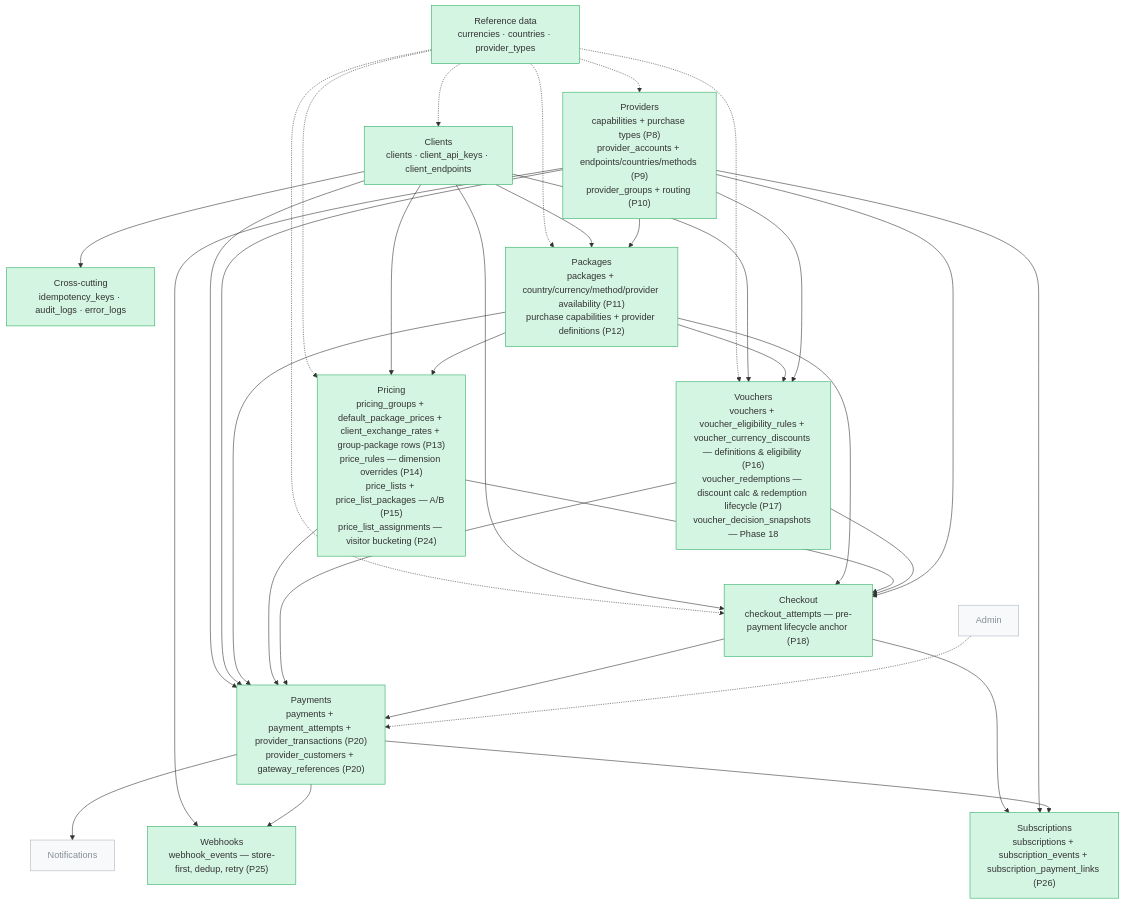
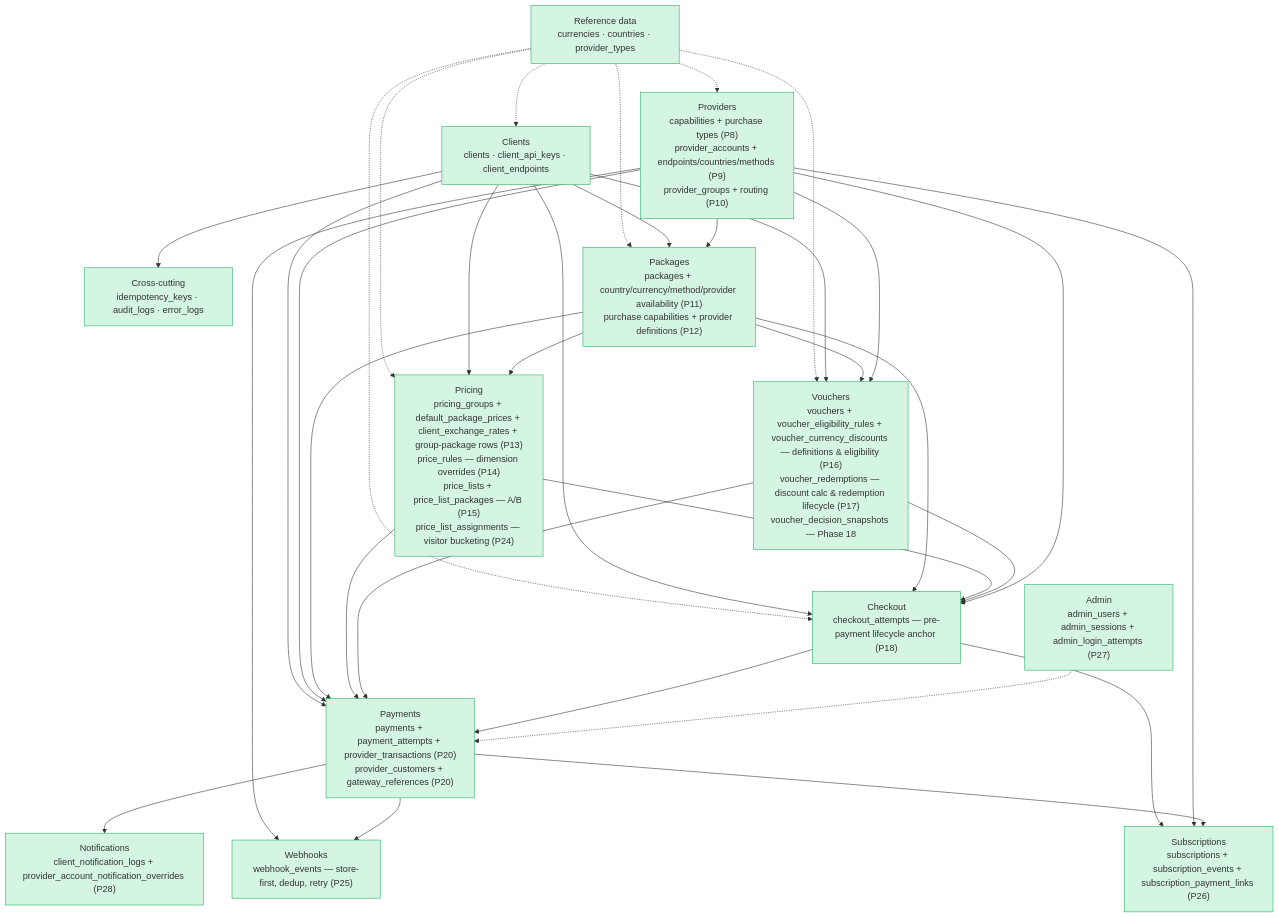
Before and after one commit to mahsashahi/Gomrok: the first of 20 diagrams in .claude/docs/database-diagram.md, drawn with Mermaid. The commit also changed other lines of this file and 100 other files, not shown here.

````diff
--- a/.claude/docs/database-diagram.md
+++ b/.claude/docs/database-diagram.md
@@ -9,51 +9,52 @@
 ```mermaid
 flowchart TD
     Ref["Reference data<br/>currencies · countries · provider_types"]
     Xc["Cross-cutting<br/>idempotency_keys · audit_logs · error_logs"]
     Clients["Clients<br/>clients · client_api_keys · client_endpoints"]
     Providers["Providers<br/>capabilities + purchase types (P8)<br/>provider_accounts + endpoints/countries/methods (P9)<br/>provider_groups + routing (P10)"]
     Packages["Packages<br/>packages + country/currency/method/provider availability (P11)<br/>purchase capabilities + provider definitions (P12)"]
     Pricing["Pricing<br/>pricing_groups + default_package_prices + client_exchange_rates + group-package rows (P13)<br/>price_rules — dimension overrides (P14)<br/>price_lists + price_list_packages — A/B (P15)<br/>price_list_assignments — visitor bucketing (P24)"]
     Vouchers["Vouchers<br/>vouchers + voucher_eligibility_rules + voucher_currency_discounts — definitions & eligibility (P16)<br/>voucher_redemptions — discount calc & redemption lifecycle (P17)<br/>voucher_decision_snapshots — Phase 18"]
     Checkout["Checkout<br/>checkout_attempts — pre-payment lifecycle anchor (P18)"]
     Payments["Payments<br/>payments + payment_attempts + provider_transactions (P20)<br/>provider_customers + gateway_references (P20)"]
     Webhooks["Webhooks<br/>webhook_events — store-first, dedup, retry (P25)"]
     Subscriptions["Subscriptions<br/>subscriptions + subscription_events + subscription_payment_links (P26)"]
+    Notifications["Notifications<br/>client_notification_logs + provider_account_notification_overrides (P28)"]
+    Admin["Admin<br/>admin_users + admin_sessions + admin_login_attempts (P27)"]
     Ref -.-> Clients
     Ref -.-> Providers
     Ref -.-> Packages
     Ref -.-> Pricing
     Ref -.-> Vouchers
     Ref -.-> Checkout
     Clients --> Xc
     Clients --> Packages
     Providers --> Packages
     Clients --> Pricing
     Packages --> Pricing
     Clients --> Vouchers
     Packages --> Vouchers
     Providers --> Vouchers
     Clients --> Checkout
     Packages --> Checkout
     Pricing --> Checkout
     Vouchers --> Checkout
     Providers --> Checkout
     Clients --> Payments
     Providers --> Payments
     Packages --> Payments
     Pricing --> Payments
     Vouchers --> Payments
     Checkout --> Payments
     Providers --> Webhooks
     Payments --> Webhooks
     Checkout --> Subscriptions
     Providers --> Subscriptions
     Payments --> Subscriptions
     Payments --> Notifications
     Admin -.-> Payments
 
     classDef done fill:#d5f5e3,stroke:#27ae60;
     classDef todo fill:#f8f9fa,stroke:#adb5bd,color:#868e96;
-    class Ref,Xc,Clients,Providers,Packages,Pricing,Vouchers,Checkout,Payments,Webhooks,Subscriptions done;
-    class Notifications,Admin todo;
+    class Ref,Xc,Clients,Providers,Packages,Pricing,Vouchers,Checkout,Payments,Webhooks,Subscriptions,Notifications,Admin done;
 ```
````
